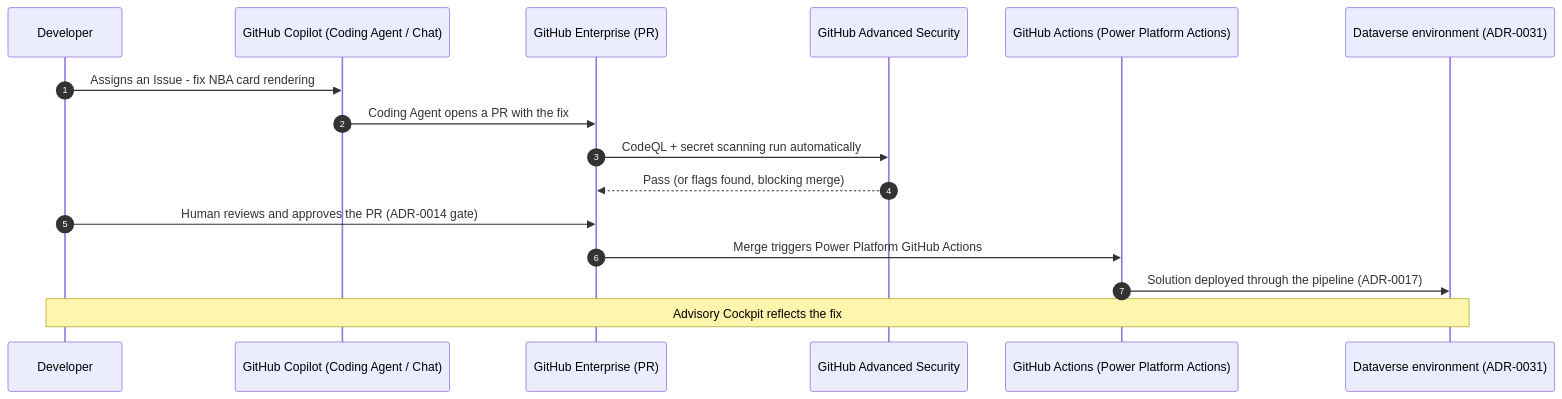
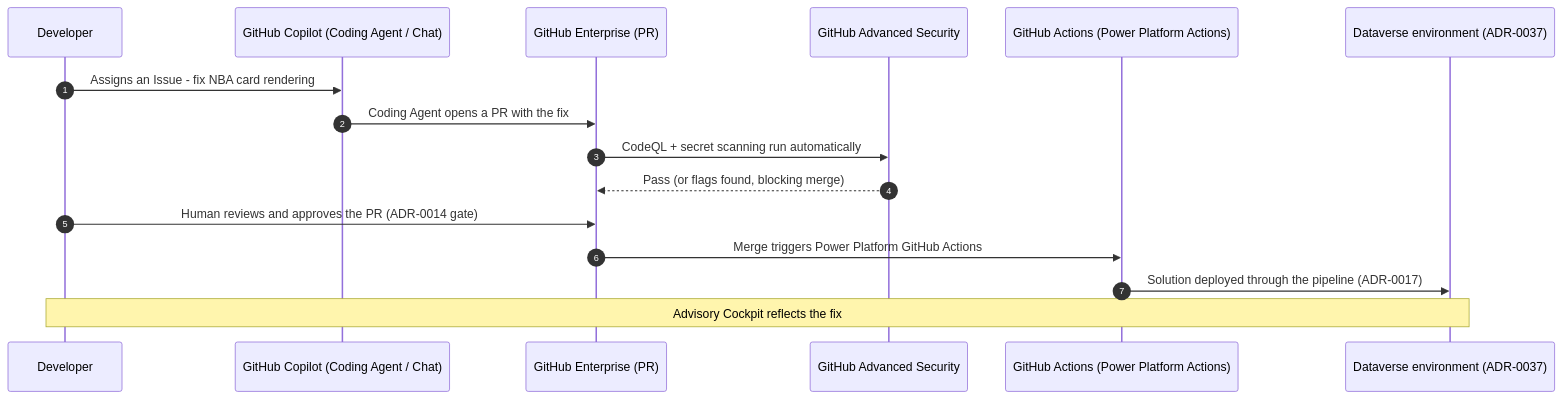
One commit to urruegg/CRMShowcase changed the third of 10 diagrams in docs/adr/ADR-0039-devsecops-cicd-github-enterprise-vs-gitlab.md. Above: the diagram before and after it, drawn with Mermaid. The commit also changed other lines of this file and 9 other files, not shown here.

````diff
--- a/docs/adr/ADR-0039-devsecops-cicd-github-enterprise-vs-gitlab.md
+++ b/docs/adr/ADR-0039-devsecops-cicd-github-enterprise-vs-gitlab.md
@@ -173,19 +173,19 @@
 ```mermaid
 sequenceDiagram
     autonumber
     participant DEV as Developer
     participant COP as GitHub Copilot (Coding Agent / Chat)
     participant GH as GitHub Enterprise (PR)
     participant SEC as GitHub Advanced Security
     participant CI as GitHub Actions (Power Platform Actions)
-    participant ENV as Dataverse environment (ADR-0031)
+    participant ENV as Dataverse environment (ADR-0037)
 
     DEV->>COP: Assigns an Issue - fix NBA card rendering
     COP->>GH: Coding Agent opens a PR with the fix
     GH->>SEC: CodeQL + secret scanning run automatically
     SEC-->>GH: Pass (or flags found, blocking merge)
     DEV->>GH: Human reviews and approves the PR (ADR-0014 gate)
     GH->>CI: Merge triggers Power Platform GitHub Actions
     CI->>ENV: Solution deployed through the pipeline (ADR-0017)
     Note over DEV,ENV: Advisory Cockpit reflects the fix
 ```
````
